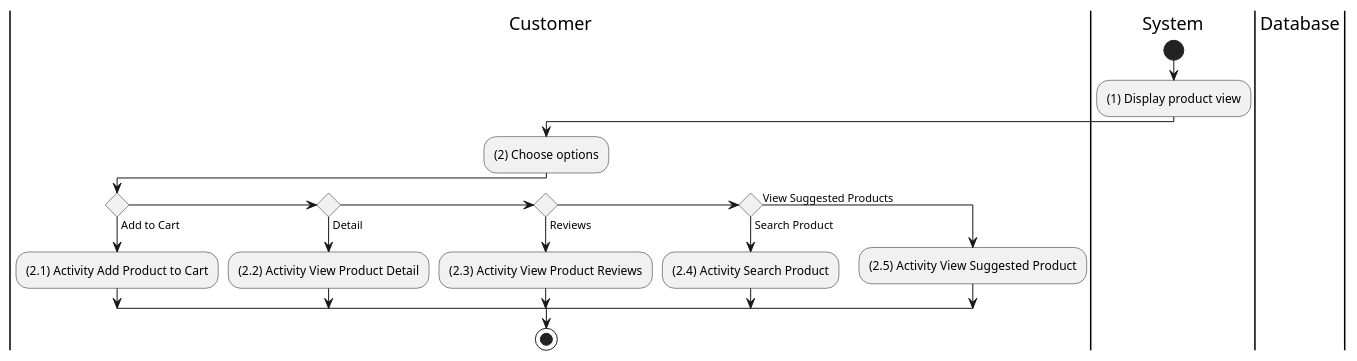
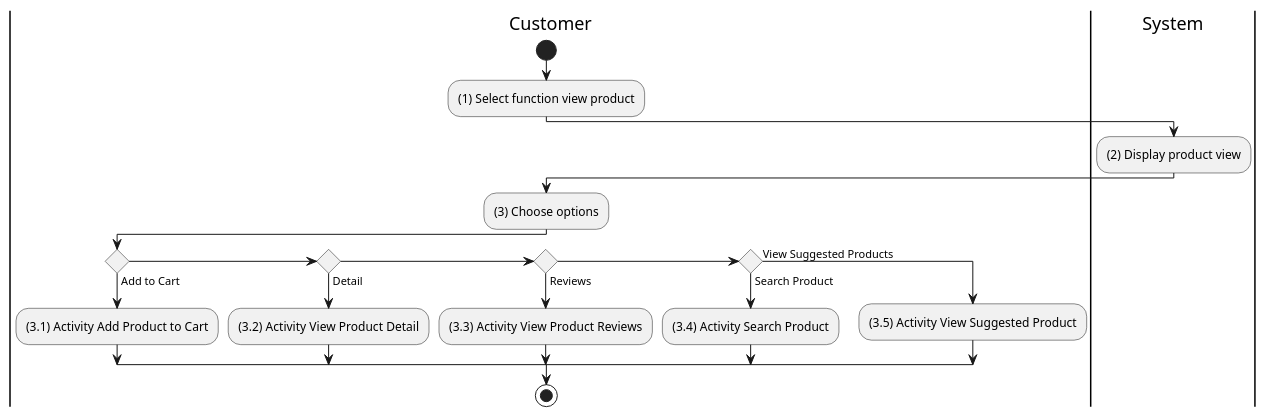
Before and after one commit to electricilies/electricilies.github.io: the diagram in docs/software-docs/activity/view-product/view-product.md, drawn with PlantUML. The commit also changed 47 other files, not shown here.

````diff
--- a/docs/software-docs/activity/view-product/view-product.md
+++ b/docs/software-docs/activity/view-product/view-product.md
@@ -3,27 +3,27 @@
 ```plantuml
 @startuml
 |C|Customer
 |S|System
-|D|Database
-
-|S|
-start
-:(1) Display product view;
 
 |C|
-:(2) Choose options;
+start
+:(1) Select function view product;
+|S|
+:(2) Display product view;
+|C|
+:(3) Choose options;
 if () then (Add to Cart)
-  :(2.1) Activity Add Product to Cart;
+  :(3.1) Activity Add Product to Cart;
 elseif () then (Detail)
-  :(2.2) Activity View Product Detail;
+  :(3.2) Activity View Product Detail;
 elseif () then (Reviews)
-  :(2.3) Activity View Product Reviews;
+  :(3.3) Activity View Product Reviews;
 elseif () then (Search Product)
-  :(2.4) Activity Search Product;
+  :(3.4) Activity Search Product;
 else (View Suggested Products)
-  :(2.5) Activity View Suggested Product;
+  :(3.5) Activity View Suggested Product;
 endif
-
+|C|
 stop
 @enduml
 ```
````
